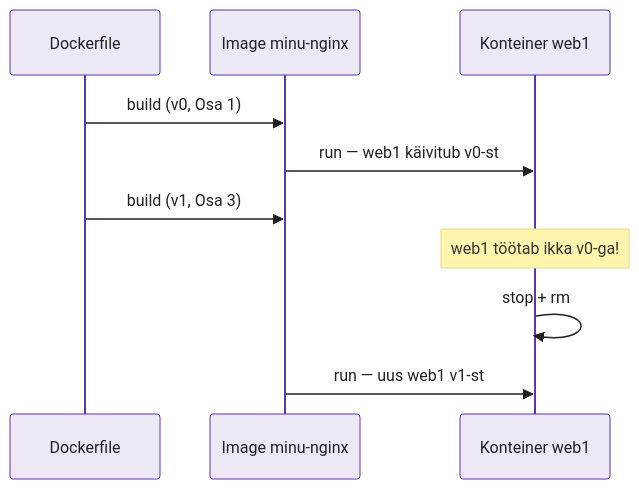
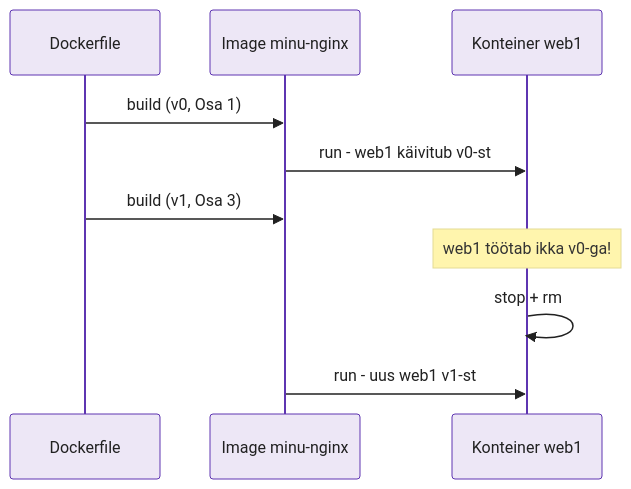
Before and after one commit to hkhk-automation/devops: the second of 3 diagrams in docs/week05/lab.md, drawn with Mermaid. The commit also changed other lines of this file and 56 other files, not shown here.

````diff
--- a/docs/week05/lab.md
+++ b/docs/week05/lab.md
@@ -363,13 +343,13 @@
 ```mermaid
 %%{init: {'theme':'base','themeVariables':{'primaryColor':'#ede7f6','primaryBorderColor':'#5e35b1','primaryTextColor':'#212121','lineColor':'#7e57c2'}}}%%
 sequenceDiagram
     participant D as Dockerfile
     participant I as Image minu-nginx
     participant C as Konteiner web1
     D->>I: build (v0, Osa 1)
-    I->>C: run — web1 käivitub v0-st
+    I->>C: run - web1 käivitub v0-st
     D->>I: build (v1, Osa 3)
     Note over C: web1 töötab ikka v0-ga!
     C->>C: stop + rm
-    I->>C: run — uus web1 v1-st
+    I->>C: run - uus web1 v1-st
 ```
````
